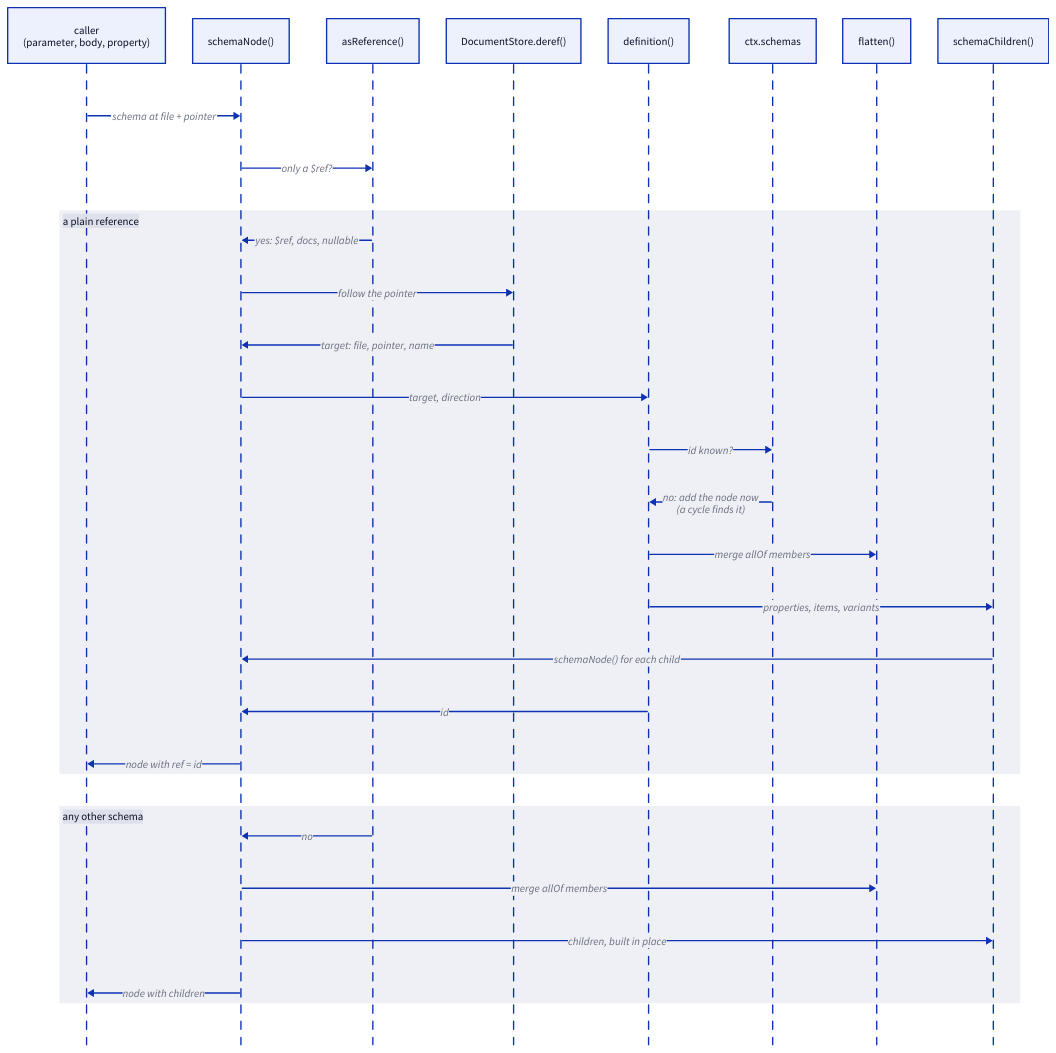
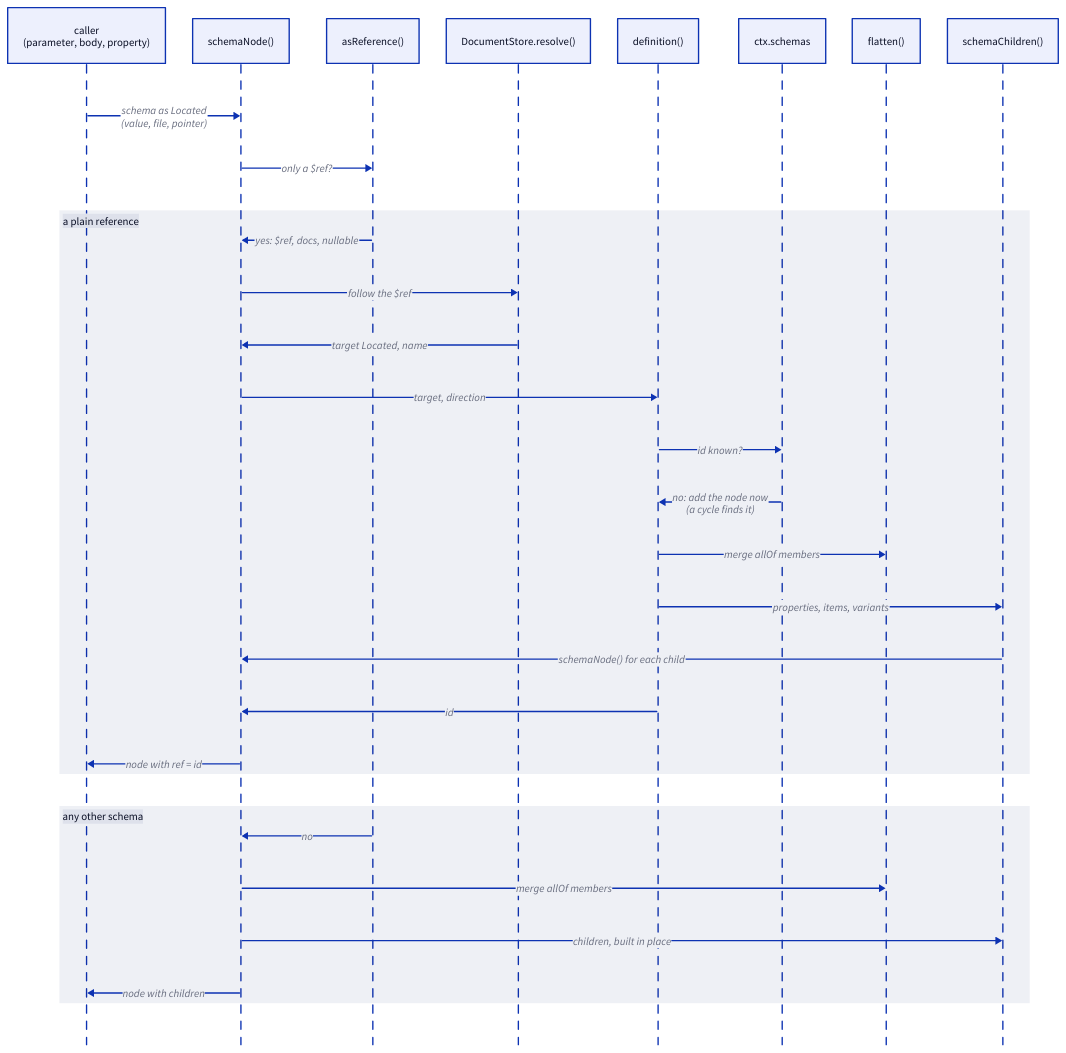
The diagram in docs/dev-guide/diagrams/sequence-schema.d2 (bcoughlan/locus), drawn with D2 before and after one commit. The commit also changed 15 other files, not shown here.

First line of the commit message:
Located values: one primitive for a value with its file and JSON pointer

```diff
--- a/docs/dev-guide/diagrams/sequence-schema.d2
+++ b/docs/dev-guide/diagrams/sequence-schema.d2
@@ -1,32 +1,32 @@
 shape: sequence_diagram
 
 caller: "caller\n(parameter, body, property)"
 node: "schemaNode()"
 ref: "asReference()"
-store: "DocumentStore.deref()"
+store: "DocumentStore.resolve()"
 def: "definition()"
 table: "ctx.schemas"
 flat: "flatten()"
 kids: "schemaChildren()"
 
-caller -> node: "schema at file + pointer"
+caller -> node: "schema as Located\n(value, file, pointer)"
 node -> ref: 'only a $ref?'
 plain: "a plain reference" {
   ref -> node: 'yes: $ref, docs, nullable'
-  node -> store: "follow the pointer"
-  store -> node: "target: file, pointer, name"
+  node -> store: 'follow the $ref'
+  store -> node: "target Located, name"
   node -> def: "target, direction"
   def -> table: "id known?"
   table -> def: "no: add the node now\n(a cycle finds it)"
   def -> flat: "merge allOf members"
   def -> kids: "properties, items, variants"
   kids -> node: "schemaNode() for each child"
   def -> node: "id"
   node -> caller: "node with ref = id"
 }
 other: "any other schema" {
   ref -> node: "no"
   node -> flat: "merge allOf members"
   node -> kids: "children, built in place"
   node -> caller: "node with children"
 }
```
